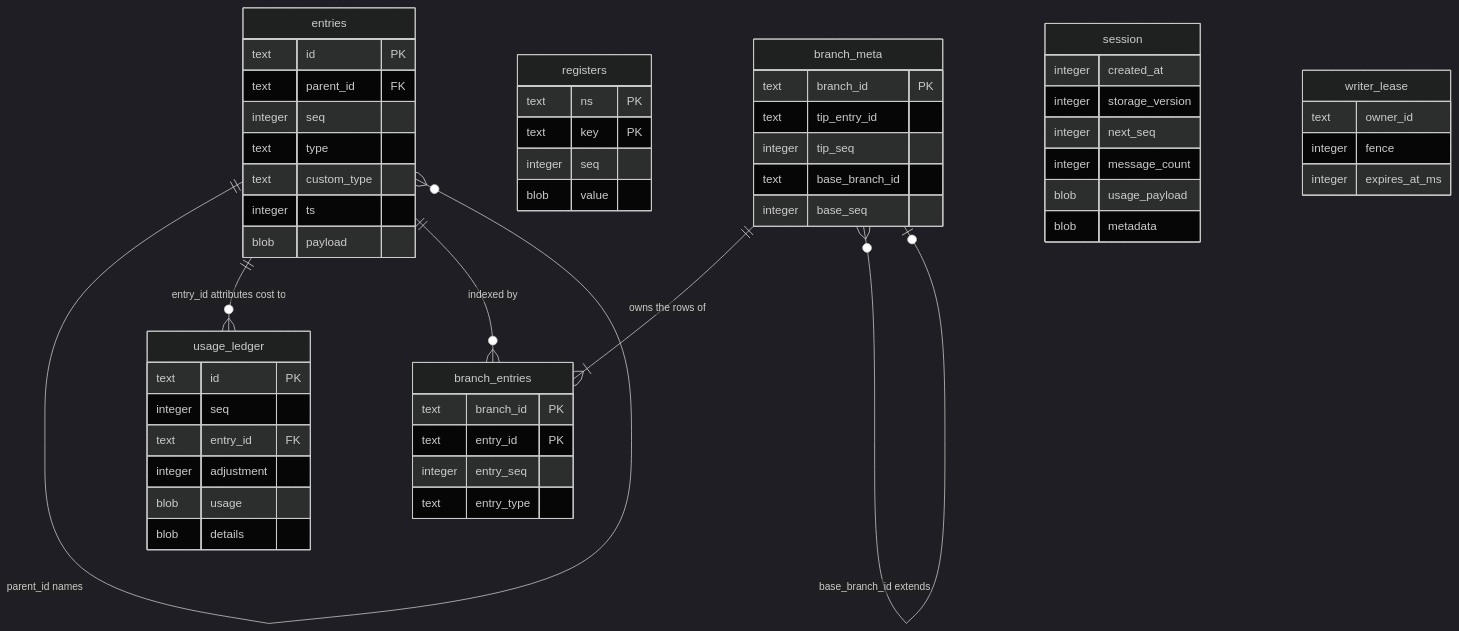
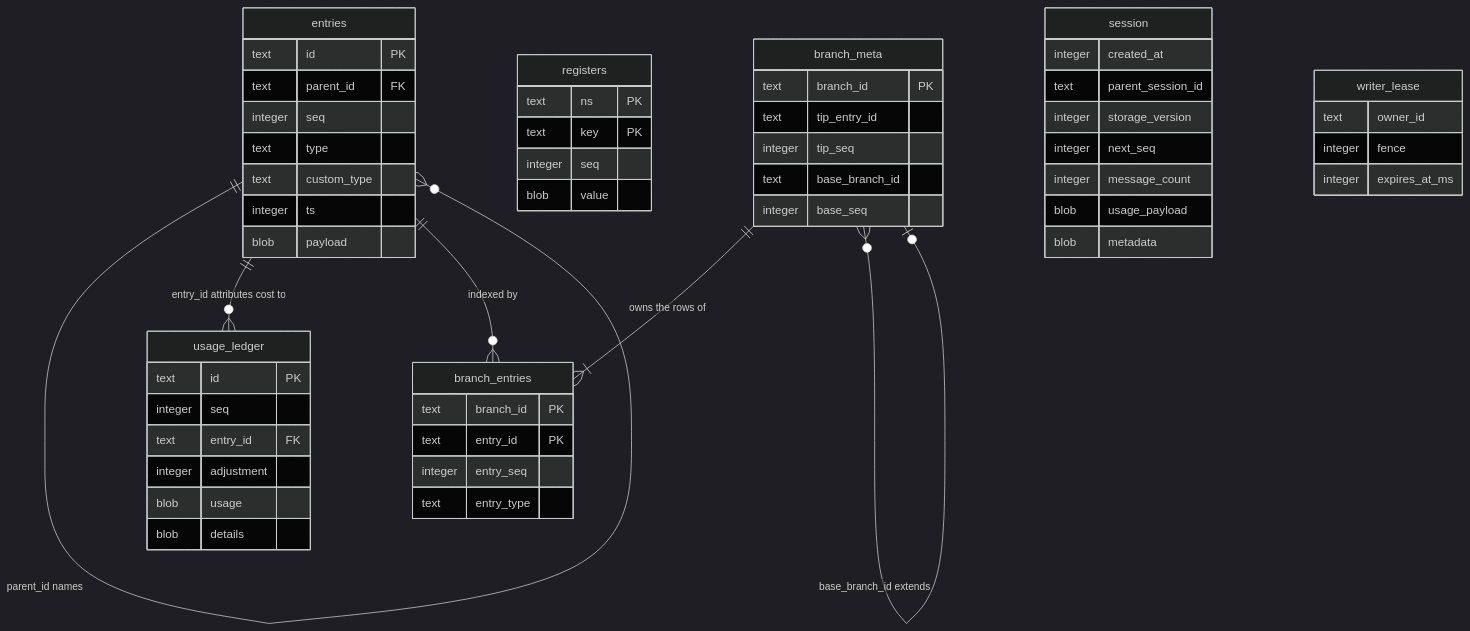
One commit to Roasbeef/loom changed the first of 6 diagrams in packages/storage/README.md. Above: the diagram before and after it, drawn with Mermaid (dark theme). The commit also changed other lines of this file, not shown here.

````diff
--- a/packages/storage/README.md
+++ b/packages/storage/README.md
@@ -42,58 +51,59 @@
 ```mermaid
 erDiagram
     entries {
         text id PK
         text parent_id FK
         integer seq
         text type
         text custom_type
         integer ts
         blob payload
     }
     registers {
         text ns PK
         text key PK
         integer seq
         blob value
     }
     usage_ledger {
         text id PK
         integer seq
         text entry_id FK
         integer adjustment
         blob usage
         blob details
     }
     branch_entries {
         text branch_id PK
         text entry_id PK
         integer entry_seq
         text entry_type
     }
     branch_meta {
         text branch_id PK
         text tip_entry_id
         integer tip_seq
         text base_branch_id
         integer base_seq
     }
     session {
         integer created_at
+        text parent_session_id
         integer storage_version
         integer next_seq
         integer message_count
         blob usage_payload
         blob metadata
     }
     writer_lease {
         text owner_id
         integer fence
         integer expires_at_ms
     }
 
     entries ||--o{ entries : "parent_id names"
     entries ||--o{ usage_ledger : "entry_id attributes cost to"
     entries ||--o{ branch_entries : "indexed by"
     branch_meta ||--|{ branch_entries : "owns the rows of"
     branch_meta }o--o| branch_meta : "base_branch_id extends"
 ```
````
